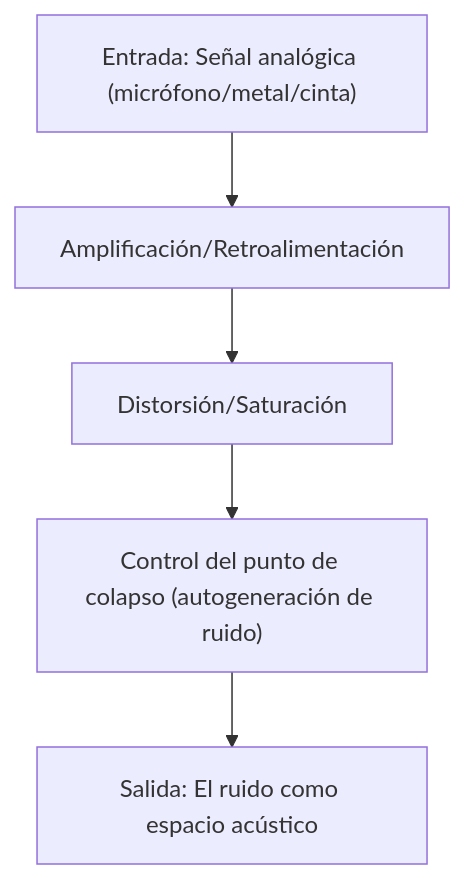
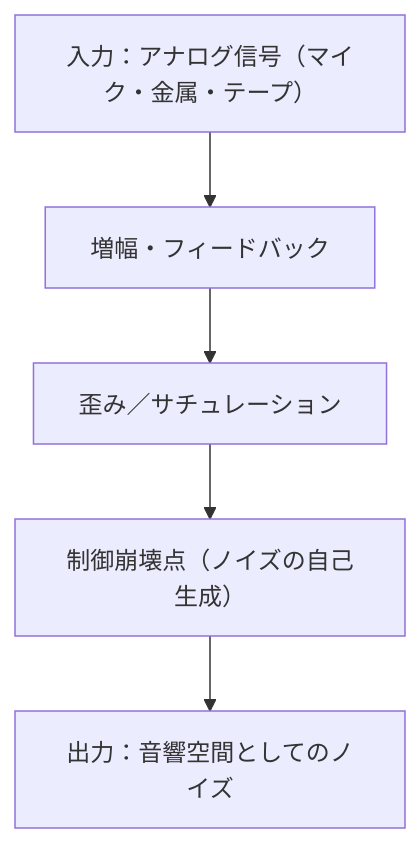
Before and after one commit to monumental-movement/monumental-movement.github.io: the second of 4 diagrams in es/_posts/2025-10-26-column-merzbow.md, drawn with Mermaid. The commit also changed other lines of this file and 299 other files, not shown here.

```diff
--- a/es/_posts/2025-10-26-column-merzbow.md
+++ b/es/_posts/2025-10-26-column-merzbow.md
@@ -138,11 +138,11 @@
 <div class="mermaid">
 
 flowchart TD
-    A["Entrada: Señal analógica (micrófono/metal/cinta)"]
-    B["Amplificación/Retroalimentación"]
-    C["Distorsión/Saturación"]
-    D["Control del punto de colapso (autogeneración de ruido)"]
-    E["Salida: El ruido como espacio acústico"]
+    A["入力：アナログ信号（マイク・金属・テープ）"]
+    B["増幅・フィードバック"]
+    C["歪み／サチュレーション"]
+    D["制御崩壊点（ノイズの自己生成）"]
+    E["出力：音響空間としてのノイズ"]
     A --> B --> C --> D --> E
 
 </div>
```
